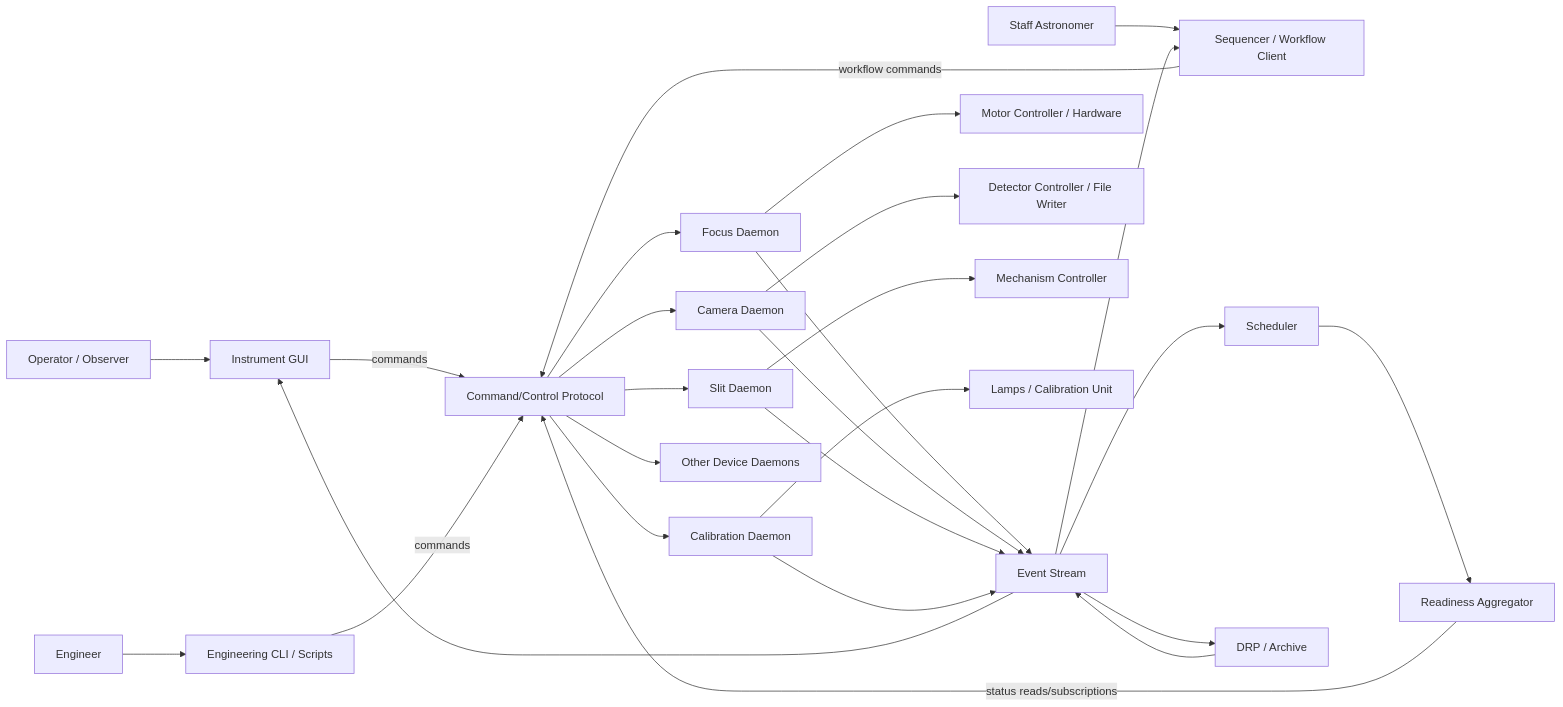
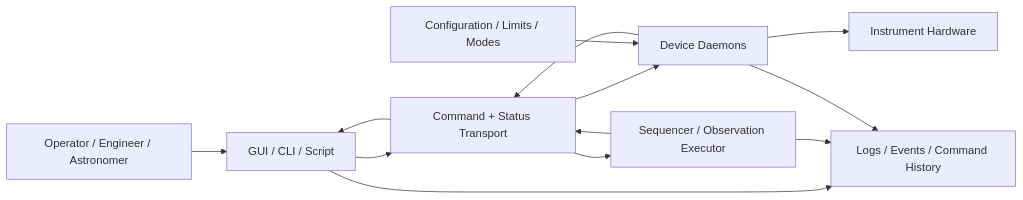
One commit to CaltechOpticalObservatories/coo-software-architecture changed the first of 2 diagrams in docs/ics_cmd_ctrl.md. Above: the diagram before and after it, drawn with Mermaid. The commit also changed other lines of this file, not shown here.

Commit message:
update command and control doc

````diff
--- a/docs/ics_cmd_ctrl.md
+++ b/docs/ics_cmd_ctrl.md
@@ -71,33 +55,27 @@
 ```mermaid
 flowchart LR
-    Operator[Operator / Observer] --> GUI[Instrument GUI]
-    Engineer[Engineer] --> CLI[Engineering CLI / Scripts]
-    Astronomer[Staff Astronomer] --> Sequencer[Sequencer / Workflow Client]
-    Scheduler[Scheduler] --> Readiness[Readiness Aggregator]
-    DRP[DRP / Archive] --> Events[Event Stream]
+    Operator[Operator / Engineer / Astronomer]
+    Client[GUI / CLI / Script]
+    Sequencer[Sequencer / Observation Executor]
+    Transport[Command + Status Transport]
+    Daemons[Device Daemons]
+    Hardware[Instrument Hardware]
+    Config[Configuration / Limits / Modes]
+    Logs[Logs / Events / Command History]
 
-    GUI -->|commands| Libby[Command/Control Protocol]
-    CLI -->|commands| Libby
-    Sequencer -->|workflow commands| Libby
-    Readiness -->|status reads/subscriptions| Libby
+    Operator --> Client
+    Client --> Transport
+    Sequencer --> Transport
+    Transport --> Daemons
+    Daemons --> Hardware
 
-    Libby --> FocusD[Focus Daemon]
-    Libby --> CameraD[Camera Daemon]
-    Libby --> SlitD[Slit Daemon]
-    Libby --> CalD[Calibration Daemon]
-    Libby --> OtherD[Other Device Daemons]
+    Config --> Daemons
 
-    FocusD --> FocusHW[Motor Controller / Hardware]
-    CameraD --> CameraHW[Detector Controller / File Writer]
-    SlitD --> SlitHW[Mechanism Controller]
-    CalD --> CalHW[Lamps / Calibration Unit]
+    Daemons --> Transport
+    Transport --> Client
+    Transport --> Sequencer
 
-    FocusD --> Events
-    CameraD --> Events
-    SlitD --> Events
-    CalD --> Events
-    Events --> GUI
-    Events --> Sequencer
-    Events --> DRP
-    Events --> Scheduler
+    Client --> Logs
+    Sequencer --> Logs
+    Daemons --> Logs
 ```
````
